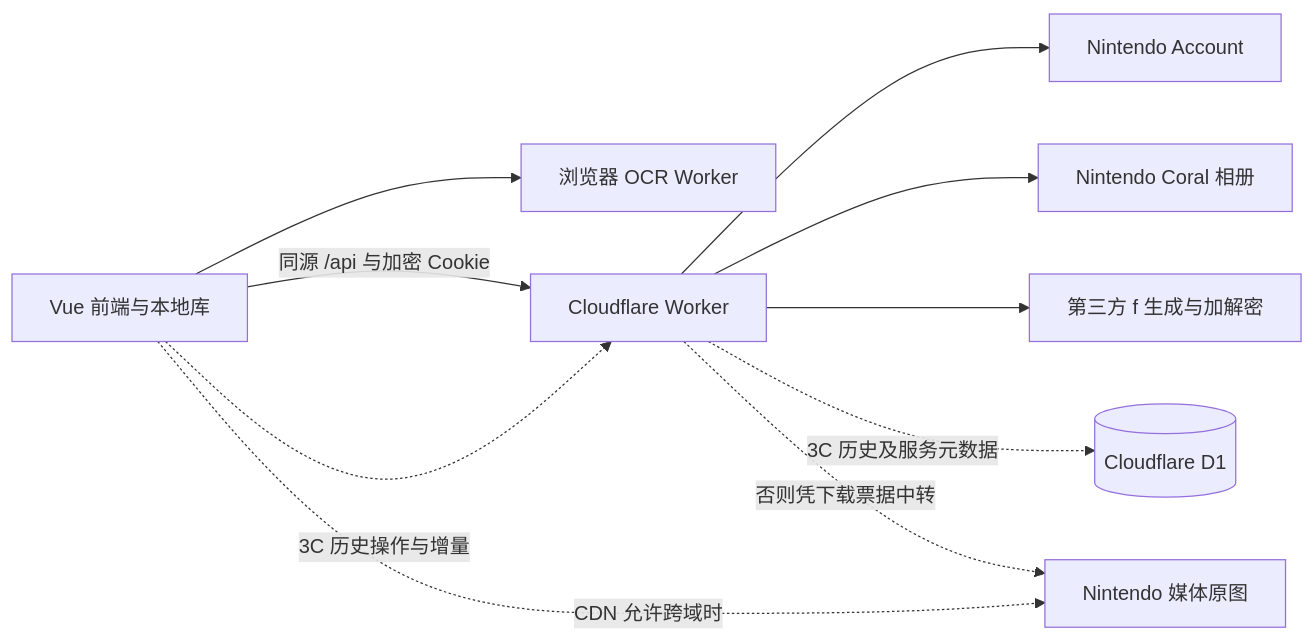
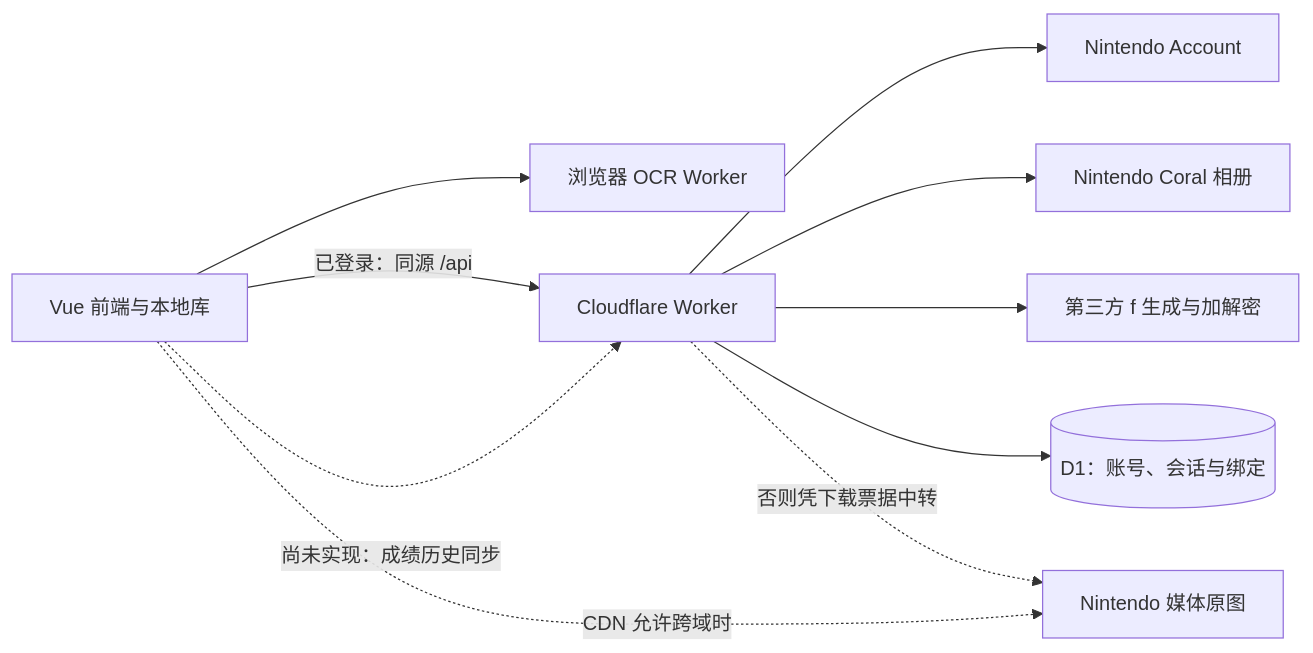
The diagram in docs/FP_B30_三期设计文档.md (HimemiyaTori/gcfp-b30), drawn with Mermaid before and after one commit. The commit also changed other lines of this file and 1 other file, not shown here.

````diff
--- a/docs/FP_B30_三期设计文档.md
+++ b/docs/FP_B30_三期设计文档.md
@@ -223,12 +183,12 @@
 ```mermaid
 flowchart LR
     UI[Vue 前端与本地库] --> OCR[浏览器 OCR Worker]
-    UI -->|同源 /api 与加密 Cookie| W[Cloudflare Worker]
+    UI -->|已登录：同源 /api| W[Cloudflare Worker]
     W --> NA[Nintendo Account]
     W --> Coral[Nintendo Coral 相册]
     W --> F[第三方 f 生成与加解密]
-    UI -.->|3C 历史操作与增量| W
-    W -.->|3C 历史及服务元数据| D1[(Cloudflare D1)]
+    W --> D1[(D1：账号、会话与绑定)]
+    UI -.->|尚未实现：成绩历史同步| W
     UI -.->|CDN 允许跨域时| CDN[Nintendo 媒体原图]
     W -.->|否则凭下载票据中转| CDN
 ```
````
